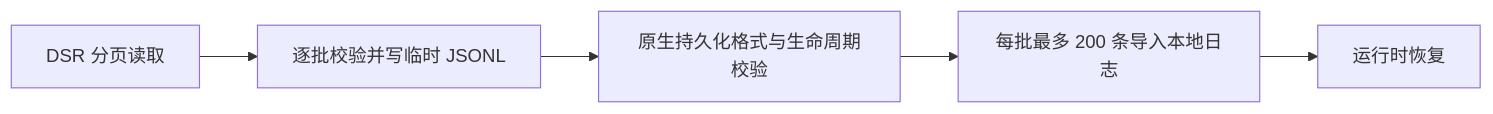
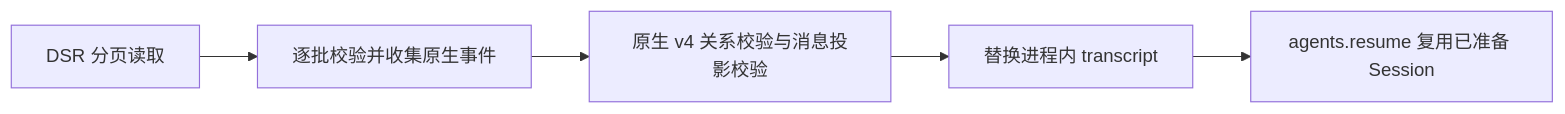
Before and after one commit to superduck-ai/open-managed-agents: the second of 3 diagrams in docs/design/be/dsrv1/implementation.md, drawn with Mermaid. The commit also changed other lines of this file and 49 other files, not shown here.

First line of the commit message:
refactor(dsr): streamline transcript persistence and recovery

````diff
--- a/docs/design/be/dsrv1/implementation.md
+++ b/docs/design/be/dsrv1/implementation.md
@@ -60,7 +64,7 @@
 ```mermaid
 flowchart LR
-    A[DSR 分页读取] --> B[逐批校验并写临时 JSONL]
-    B --> C[原生持久化格式与生命周期校验]
-    C --> D[每批最多 200 条导入本地日志]
-    D --> E[运行时恢复]
+    A[DSR 分页读取] --> B[逐批校验并收集原生事件]
+    B --> C[原生 v4 关系校验与消息投影校验]
+    C --> D[替换进程内 transcript]
+    D --> E[agents.resume 复用已准备 Session]
 ```
````
